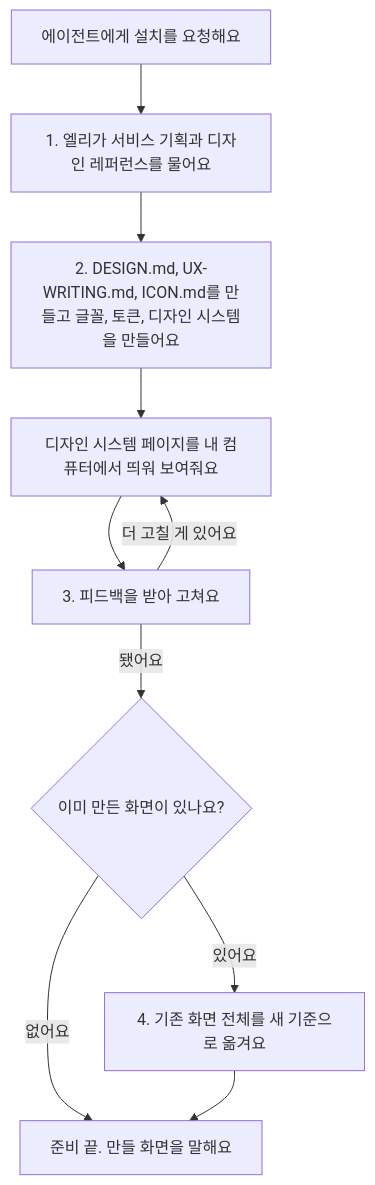
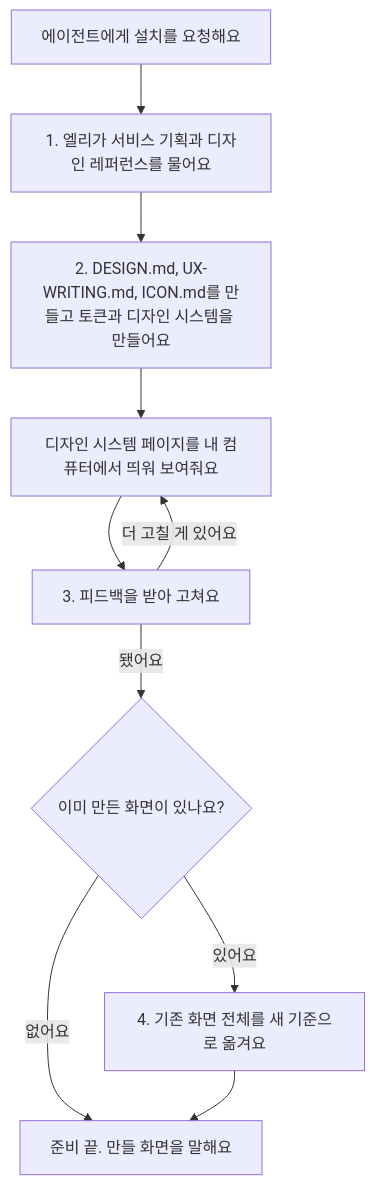
The diagram in README.md (ELI-LDS/ELI), drawn with Mermaid before and after one commit. The commit also changed other lines of this file and 12 other files, not shown here.

````diff
--- a/README.md
+++ b/README.md
@@ -45,12 +44,12 @@
 ```mermaid
 flowchart TD
   Start["에이전트에게 설치를 요청해요"] --> Ask["1. 엘리가 서비스 기획과 디자인 레퍼런스를 물어요"]
-  Ask --> Make["2. DESIGN.md, UX-WRITING.md, ICON.md를 만들고 글꼴, 토큰, 디자인 시스템을 만들어요"]
+  Ask --> Make["2. DESIGN.md, UX-WRITING.md, ICON.md를 만들고 토큰과 디자인 시스템을 만들어요"]
   Make --> Show["디자인 시스템 페이지를 내 컴퓨터에서 띄워 보여줘요"]
   Show --> Feedback["3. 피드백을 받아 고쳐요"]
   Feedback -->|"더 고칠 게 있어요"| Show
   Feedback -->|"됐어요"| Check{"이미 만든 화면이 있나요?"}
   Check -->|"없어요"| Done["준비 끝. 만들 화면을 말해요"]
   Check -->|"있어요"| Refactor["4. 기존 화면 전체를 새 기준으로 옮겨요"]
   Refactor --> Done
 ```
````
